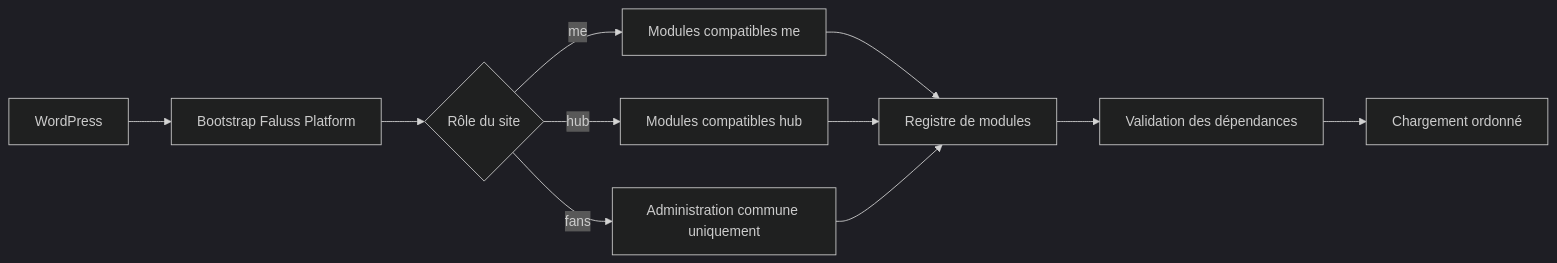
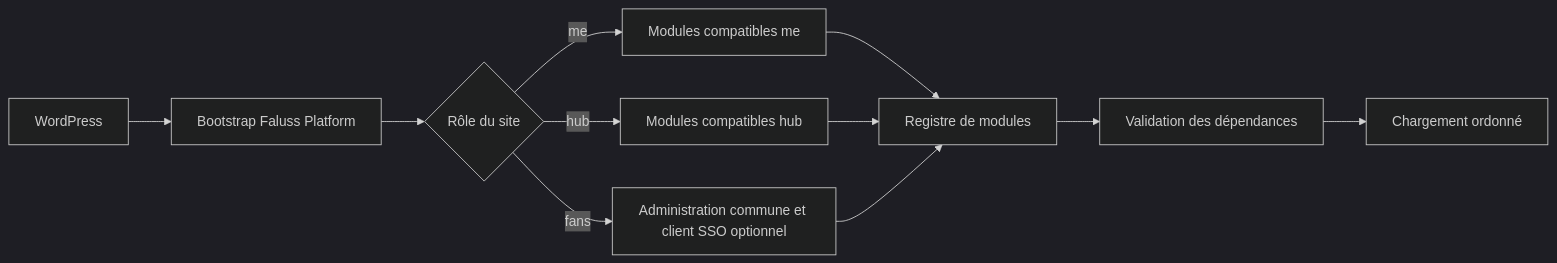
One commit to Alternative-LAB/faluss-platform changed the diagram in docs/ARCHITECTURE.md. Above: the diagram before and after it, drawn with Mermaid (dark theme). The commit also changed other lines of this file and 14 other files, not shown here.

Commit message:
✨ Add isolated Fans SSO client

````diff
--- a/docs/ARCHITECTURE.md
+++ b/docs/ARCHITECTURE.md
@@ -5,13 +5,13 @@
 ```mermaid
 flowchart LR
     WP[WordPress] --> Bootstrap[Bootstrap Faluss Platform]
     Bootstrap --> Role{Rôle du site}
     Role -->|me| Me[Modules compatibles me]
     Role -->|hub| Hub[Modules compatibles hub]
-    Role -->|fans| Fans[Administration commune uniquement]
+    Role -->|fans| Fans[Administration commune et client SSO optionnel]
     Me --> Registry[Registre de modules]
     Hub --> Registry
     Fans --> Registry
     Registry --> Checks[Validation des dépendances]
     Checks --> Boot[Chargement ordonné]
 ```
````
